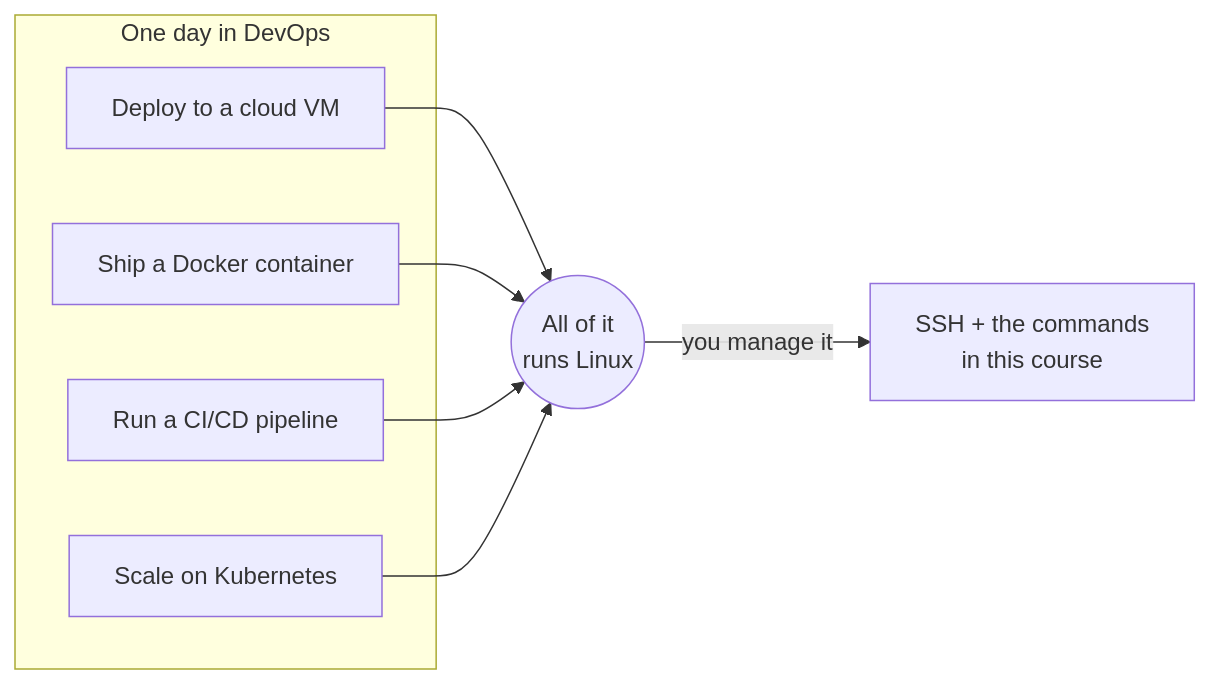
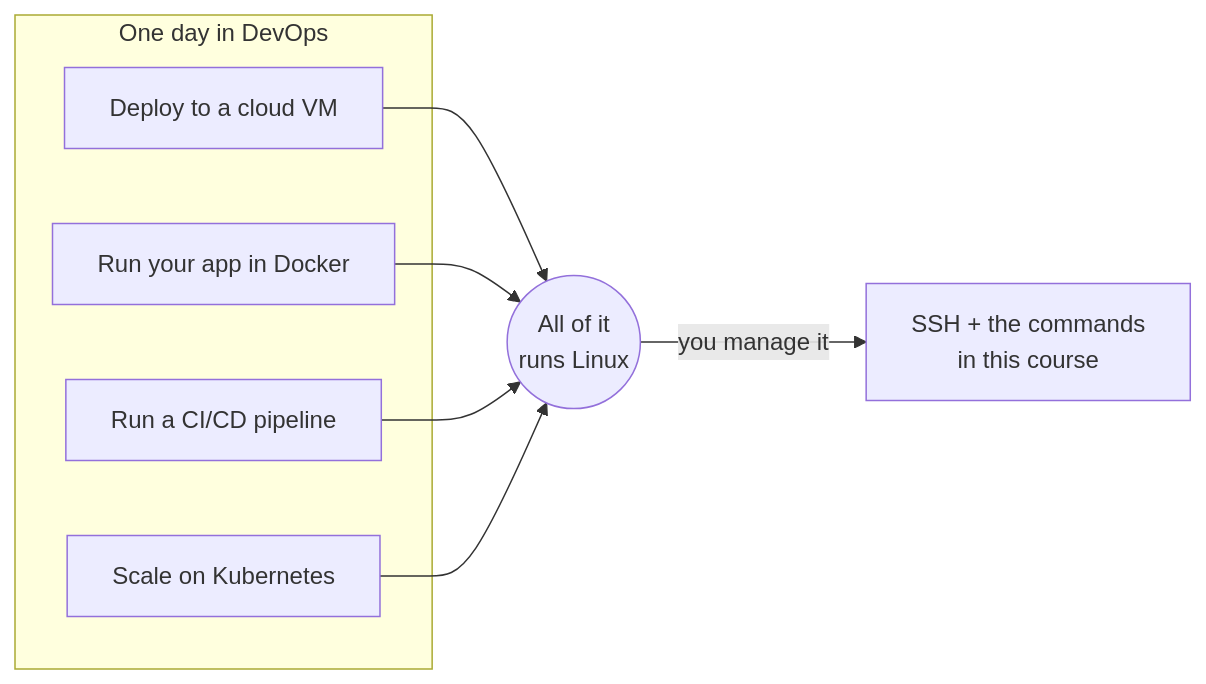
The second of 2 diagrams in 01-linux-basics/01-why-devops-needs-linux/README.md (codewithmuh/linux-course), drawn with Mermaid before and after one commit. The commit also changed other lines of this file and 2 other files, not shown here.

Commit message:
Learn linux

````diff
--- a/01-linux-basics/01-why-devops-needs-linux/README.md
+++ b/01-linux-basics/01-why-devops-needs-linux/README.md
@@ -40,14 +40,14 @@
 ```mermaid
 flowchart LR
   subgraph day[One day in DevOps]
     VM[Deploy to a cloud VM]
-    CT[Ship a Docker container]
+    CT[Run your app in Docker]
     CI[Run a CI/CD pipeline]
     K8[Scale on Kubernetes]
   end
   VM --> L((All of it<br/>runs Linux))
   CT --> L
   CI --> L
   K8 --> L
   L -->|you manage it| SSH[SSH + the commands<br/>in this course]
 ```
````
